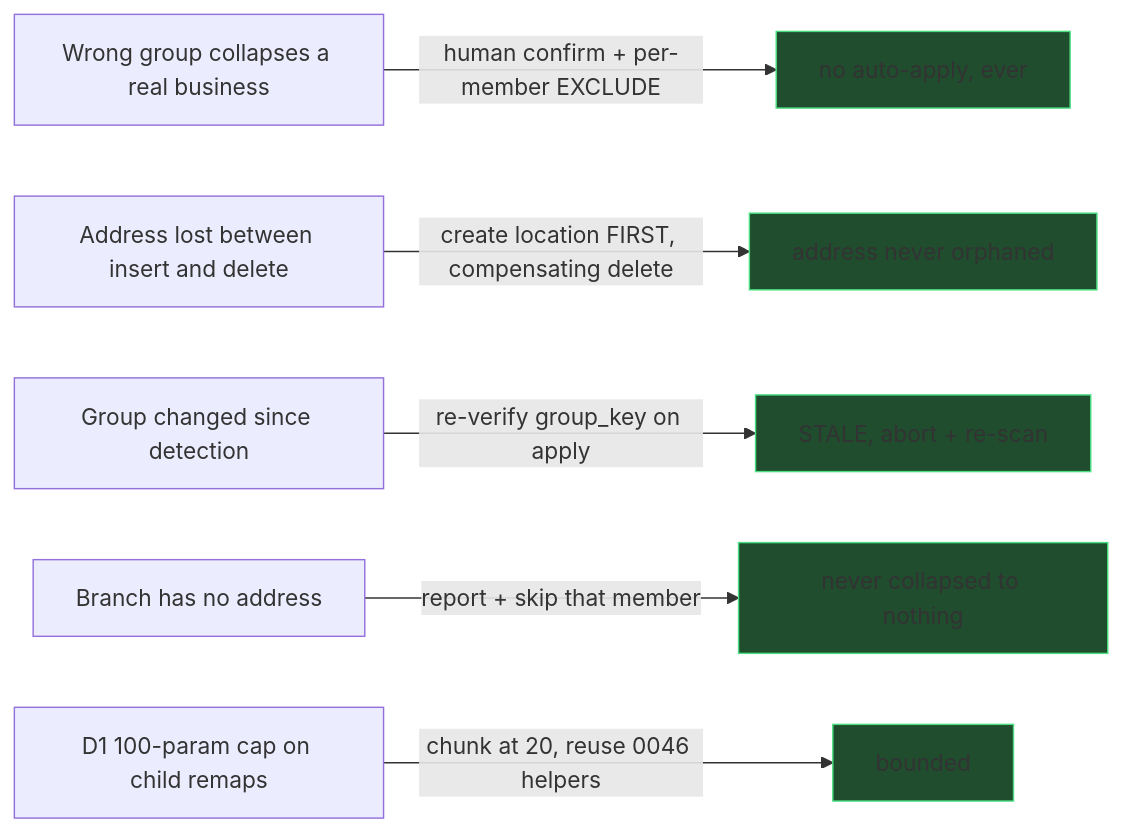
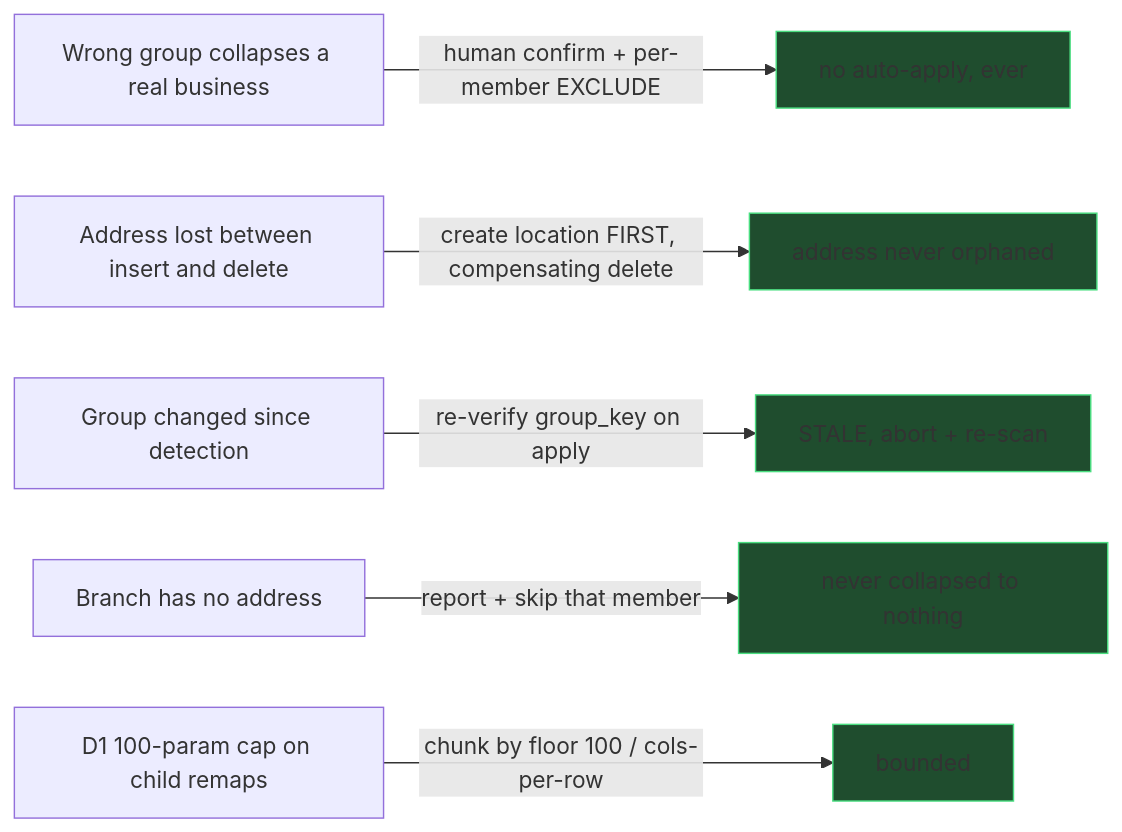
Before and after one commit to jmbish04/core-remodel: the fifth of 5 diagrams in docs/0047_showroom_branch_collapse/IMPLEMENTATION_PLAN.md, drawn with Mermaid. The commit also changed other lines of this file and 5 other files, not shown here.

````diff
--- a/docs/0047_showroom_branch_collapse/IMPLEMENTATION_PLAN.md
+++ b/docs/0047_showroom_branch_collapse/IMPLEMENTATION_PLAN.md
@@ -171,10 +218,10 @@
 ```mermaid
 flowchart LR
   R1[Wrong group collapses a real business] -->|human confirm + per-member EXCLUDE| M1[no auto-apply, ever]
   R2[Address lost between insert and delete] -->|create location FIRST, compensating delete| M2[address never orphaned]
   R3[Group changed since detection] -->|re-verify group_key on apply| M3[STALE, abort + re-scan]
   R4[Branch has no address] -->|report + skip that member| M4[never collapsed to nothing]
-  R5[D1 100-param cap on child remaps] -->|chunk at 20, reuse 0046 helpers| M5[bounded]
+  R5[D1 100-param cap on child remaps] -->|chunk by floor 100 / cols-per-row| M5[bounded]
   classDef done fill:#1f4d2e,stroke:#4ade80
   class M1,M2,M3,M4,M5 done
 ```
````
